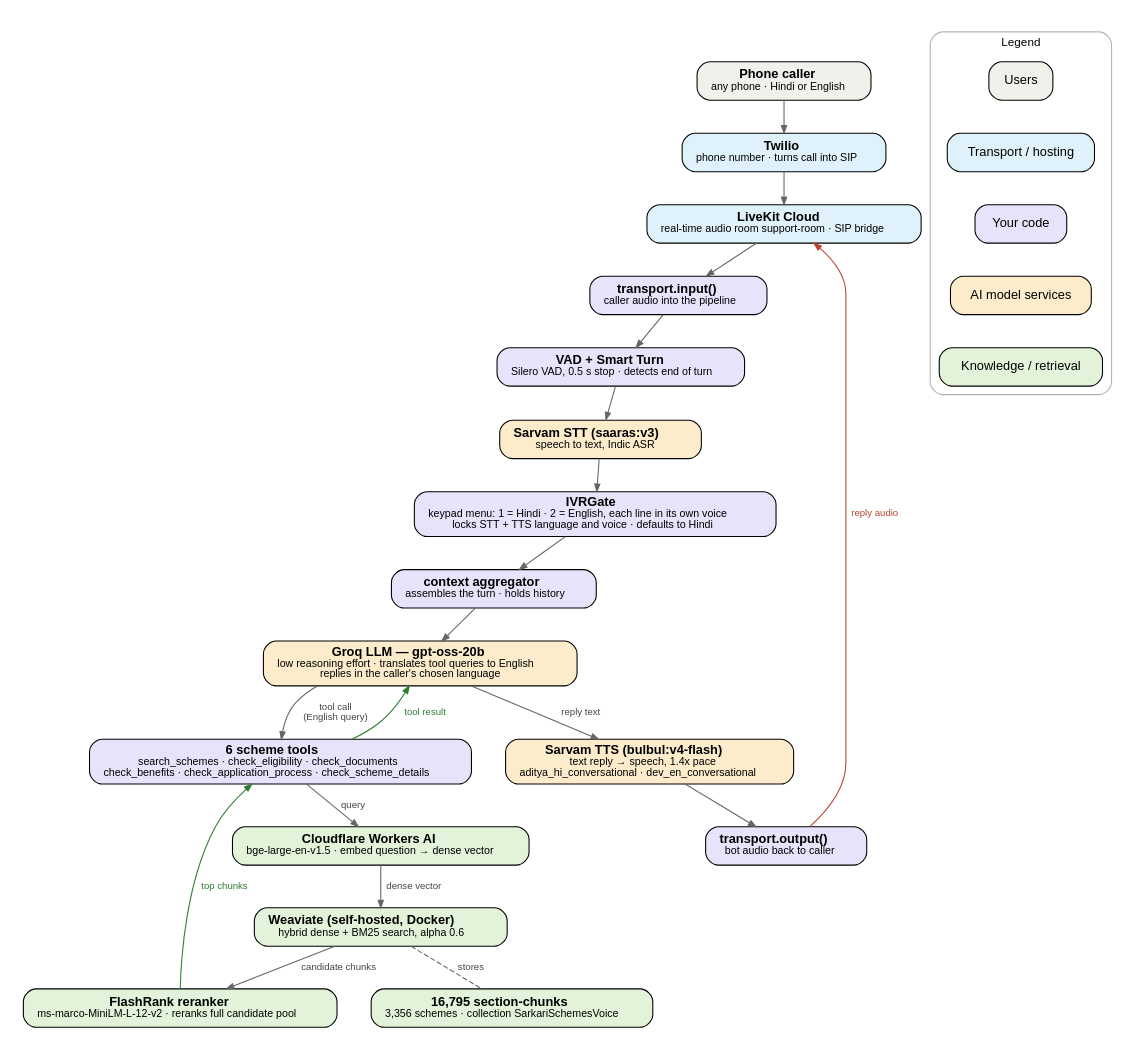
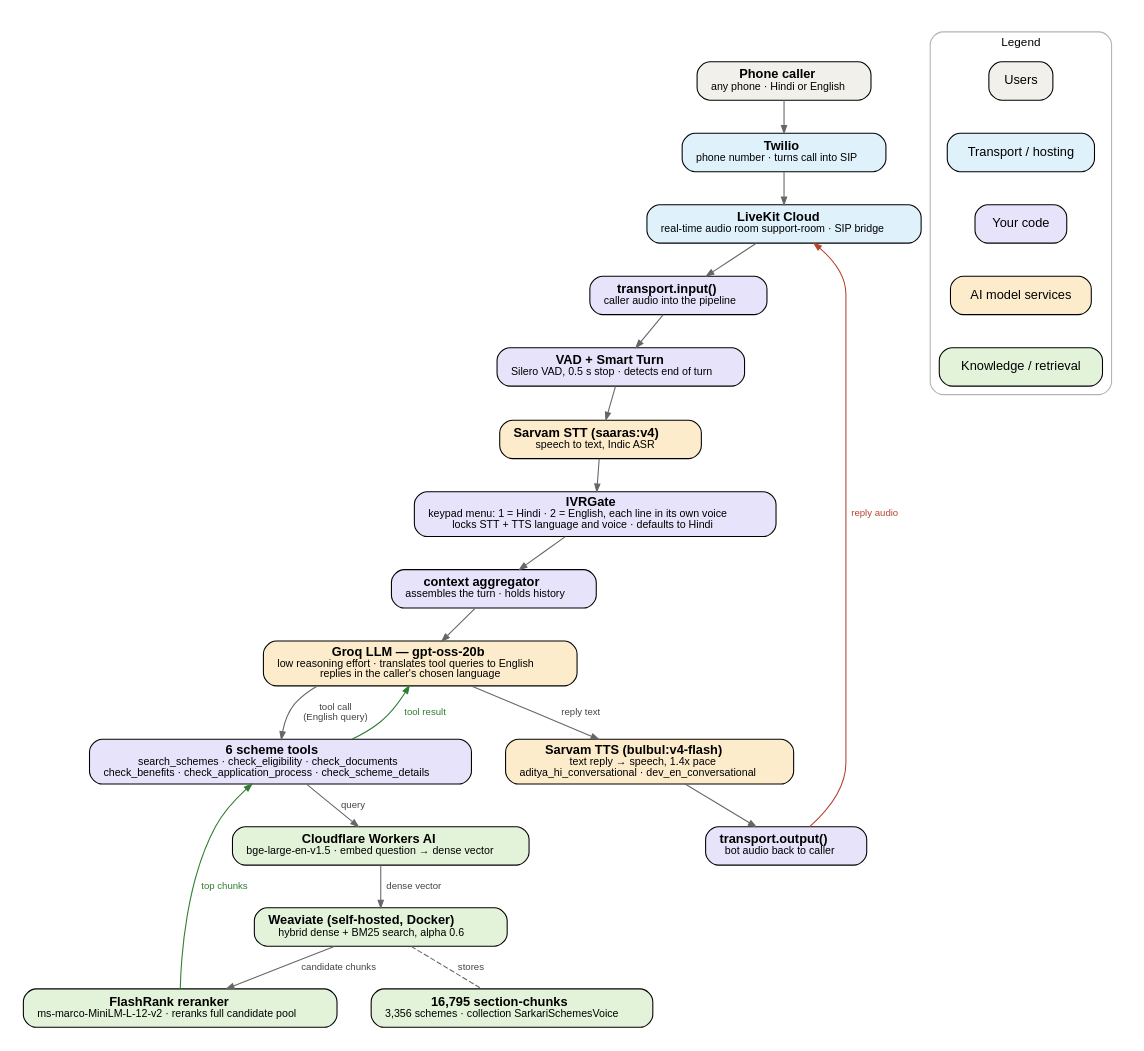
Before and after one commit to Parth-KG/Sarkari-Sahayak: the diagram in docs/architecture.dot, drawn with Graphviz. The commit also changed 5 other files, not shown here.

First line of the commit message:
Switch speech-to-text to Sarvam saaras:v4

```diff
--- a/docs/architecture.dot
+++ b/docs/architecture.dot
@@ -1,57 +1,57 @@
 // Source for docs/architecture.svg and docs/architecture.png. Regenerate from the repo root with:
 //   dot -Tsvg docs/architecture.dot -o docs/architecture.svg
 //   dot -Tpng -Gdpi=150 docs/architecture.dot -o docs/architecture.png
 
 digraph architecture {
     graph [rankdir=TB, fontname="Helvetica", nodesep=0.45, ranksep=0.42, pad=0.2, bgcolor="white"];
     node  [shape=box, style="rounded,filled", fontname="Helvetica", fontsize=10, penwidth=1, margin="0.18,0.07"];
     edge  [fontname="Helvetica", fontsize=9, color="#666666", fontcolor="#444444", arrowsize=0.7];
 
     // users and transport
     caller  [fillcolor="#f2f0ea", label=<<b><font point-size="12">Phone caller</font></b><br/>any phone · Hindi or English>];
     twilio  [fillcolor="#dff1fb", label=<<b><font point-size="12">Twilio</font></b><br/>phone number · turns call into SIP>];
     livekit [fillcolor="#dff1fb", label=<<b><font point-size="12">LiveKit Cloud</font></b><br/>real-time audio room support-room · SIP bridge>];
 
     // the Pipecat pipeline (voice/core/pipeline.py), in order
     input   [fillcolor="#e6e3fb", label=<<b><font point-size="12">transport.input()</font></b><br/>caller audio into the pipeline>];
     vad     [fillcolor="#e6e3fb", label=<<b><font point-size="12">VAD + Smart Turn</font></b><br/>Silero VAD, 0.5 s stop · detects end of turn>];
-    stt     [fillcolor="#fdeccb", label=<<b><font point-size="12">Sarvam STT (saaras:v3)</font></b><br/>speech to text, Indic ASR>];
+    stt     [fillcolor="#fdeccb", label=<<b><font point-size="12">Sarvam STT (saaras:v4)</font></b><br/>speech to text, Indic ASR>];
     ivr     [fillcolor="#e6e3fb", label=<<b><font point-size="12">IVRGate</font></b><br/>keypad menu: 1 = Hindi · 2 = English, each line in its own voice<br/>locks STT + TTS language and voice · defaults to Hindi>];
     ctx     [fillcolor="#e6e3fb", label=<<b><font point-size="12">context aggregator</font></b><br/>assembles the turn · holds history>];
     llm     [fillcolor="#fdeccb", label=<<b><font point-size="12">Groq LLM — gpt-oss-20b</font></b><br/>low reasoning effort · translates tool queries to English<br/>replies in the caller's chosen language>];
     tts     [fillcolor="#fdeccb", label=<<b><font point-size="12">Sarvam TTS (bulbul:v4-flash)</font></b><br/>text reply → speech, 1.4x pace<br/>aditya_hi_conversational · dev_en_conversational>];
     output  [fillcolor="#e6e3fb", label=<<b><font point-size="12">transport.output()</font></b><br/>bot audio back to caller>];
 
     // tools and retrieval (voice/core/tool.py, voice/retrieval/)
     tools    [fillcolor="#e6e3fb", label=<<b><font point-size="12">6 scheme tools</font></b><br/>search_schemes · check_eligibility · check_documents<br/>check_benefits · check_application_process · check_scheme_details>];
     embed    [fillcolor="#e2f3d9", label=<<b><font point-size="12">Cloudflare Workers AI</font></b><br/>bge-large-en-v1.5 · embed question → dense vector>];
     weaviate [fillcolor="#e2f3d9", label=<<b><font point-size="12">Weaviate (self-hosted, Docker)</font></b><br/>hybrid dense + BM25 search, alpha 0.6>];
     rerank   [fillcolor="#e2f3d9", label=<<b><font point-size="12">FlashRank reranker</font></b><br/>ms-marco-MiniLM-L-12-v2 · reranks full candidate pool>];
     chunks   [fillcolor="#e2f3d9", label=<<b><font point-size="12">16,795 section-chunks</font></b><br/>3,356 schemes · collection SarkariSchemesVoice>];
 
     caller -> twilio -> livekit -> input -> vad -> stt -> ivr -> ctx -> llm;
     llm -> tts [label=" reply text"];
     tts -> output;
     output -> livekit [label=" reply audio", color="#b5442f", fontcolor="#b5442f"];
 
     llm -> tools [label=" tool call\n (English query)"];
     tools -> embed [label=" query"];
     embed -> weaviate [label=" dense vector"];
     weaviate -> rerank [label=" candidate chunks"];
     weaviate -> chunks [label=" stores", style=dashed, arrowhead=none];
     rerank -> tools [label=" top chunks", color="#2f7d32", fontcolor="#2f7d32"];
     tools -> llm [label=" tool result", color="#2f7d32", fontcolor="#2f7d32"];
 
     { rank=same; tools; tts; }
 
     // defined last so it lays out to the right of the pipeline
     subgraph cluster_legend {
         label="Legend"; fontsize=11; color="#b3b3b3"; style=rounded;
         l1 [label="Users",                 fillcolor="#f2f0ea", fontsize=12];
         l2 [label="Transport / hosting",   fillcolor="#dff1fb", fontsize=12];
         l3 [label="Your code",             fillcolor="#e6e3fb", fontsize=12];
         l4 [label="AI model services",     fillcolor="#fdeccb", fontsize=12];
         l5 [label="Knowledge / retrieval", fillcolor="#e2f3d9", fontsize=12];
         l1 -> l2 -> l3 -> l4 -> l5 [style=invis];
     }
 }
```
